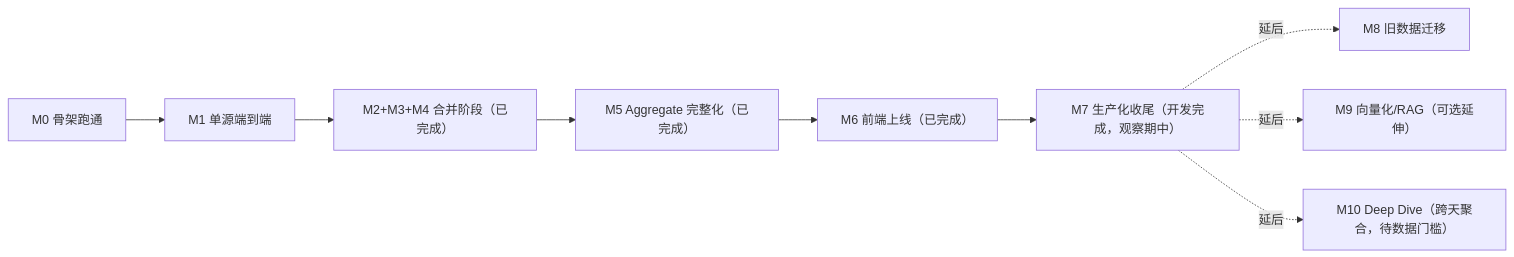
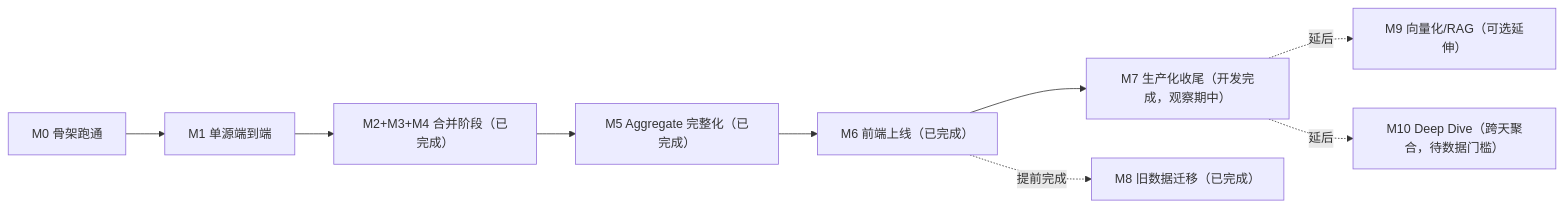
Before and after one commit to SkyJourney/ainews-project: the diagram in docs/milestones/README.md, drawn with Mermaid. The commit also changed other lines of this file and 3 other files, not shown here.

````diff
--- a/docs/milestones/README.md
+++ b/docs/milestones/README.md
@@ -7,11 +7,11 @@
 ```mermaid
 flowchart LR
     M0[M0 骨架跑通] --> M1[M1 单源端到端]
     M1 --> M234["M2+M3+M4 合并阶段（已完成）"]
     M234 --> M5["M5 Aggregate 完整化（已完成）"]
     M5 --> M6["M6 前端上线（已完成）"]
     M6 --> M7["M7 生产化收尾（开发完成，观察期中）"]
-    M7 -.延后.-> M8[M8 旧数据迁移]
+    M6 -.提前完成.-> M8["M8 旧数据迁移（已完成）"]
     M7 -.延后.-> M9["M9 向量化/RAG（可选延伸）"]
     M7 -.延后.-> M10["M10 Deep Dive（跨天聚合，待数据门槛）"]
 ```
````
